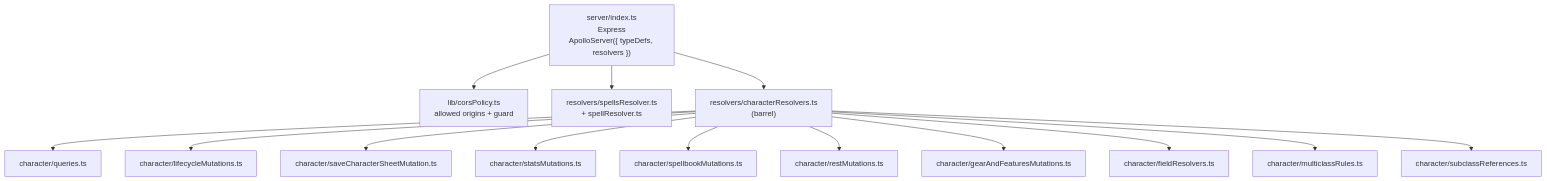
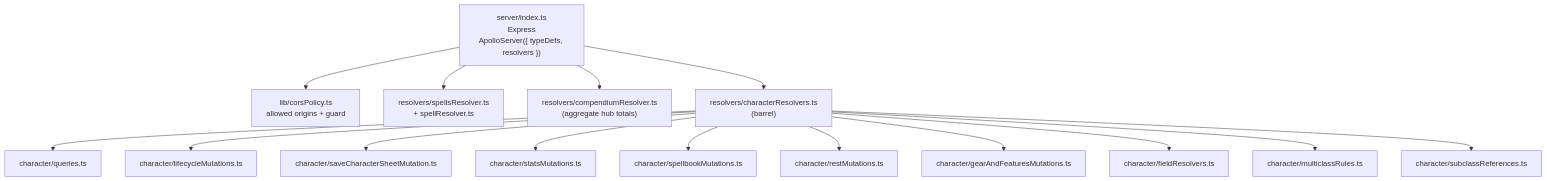
The second of 4 diagrams in docs/architecture.md (tedleahy/5e-companion), drawn with Mermaid before and after one commit. The commit also changed other lines of this file and 10 other files, not shown here.

````diff
--- a/docs/architecture.md
+++ b/docs/architecture.md
@@ -57,18 +57,19 @@
 ```mermaid
 flowchart TB
     cors["lib/corsPolicy.ts<br/>allowed origins + guard"]
     idx["server/index.ts<br/>Express<br/>ApolloServer({ typeDefs, resolvers })"]
     idx --> cors
     idx --> spells["resolvers/spellsResolver.ts<br/>+ spellResolver.ts"]
+    idx --> compCounts["resolvers/compendiumResolver.ts<br/>(aggregate hub totals)"]
     idx --> charR["resolvers/characterResolvers.ts<br/>(barrel)"]
     charR --> qs["character/queries.ts"]
     charR --> life["character/lifecycleMutations.ts"]
     charR --> save["character/saveCharacterSheetMutation.ts"]
     charR --> stats["character/statsMutations.ts"]
     charR --> book["character/spellbookMutations.ts"]
     charR --> rest["character/restMutations.ts"]
     charR --> gear["character/gearAndFeaturesMutations.ts"]
     charR --> fields["character/fieldResolvers.ts"]
     charR --> rules["character/multiclassRules.ts"]
     charR --> subs["character/subclassReferences.ts"]
 ```
````
